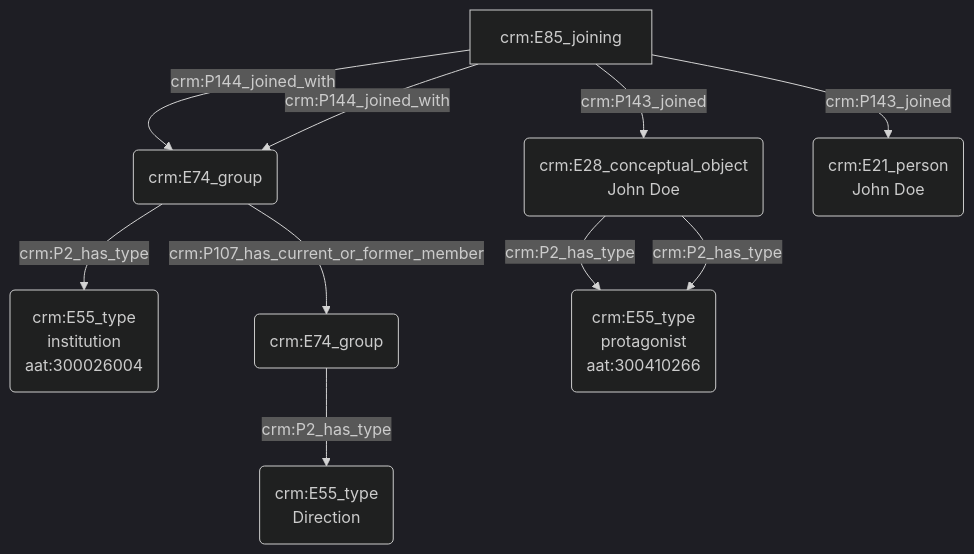
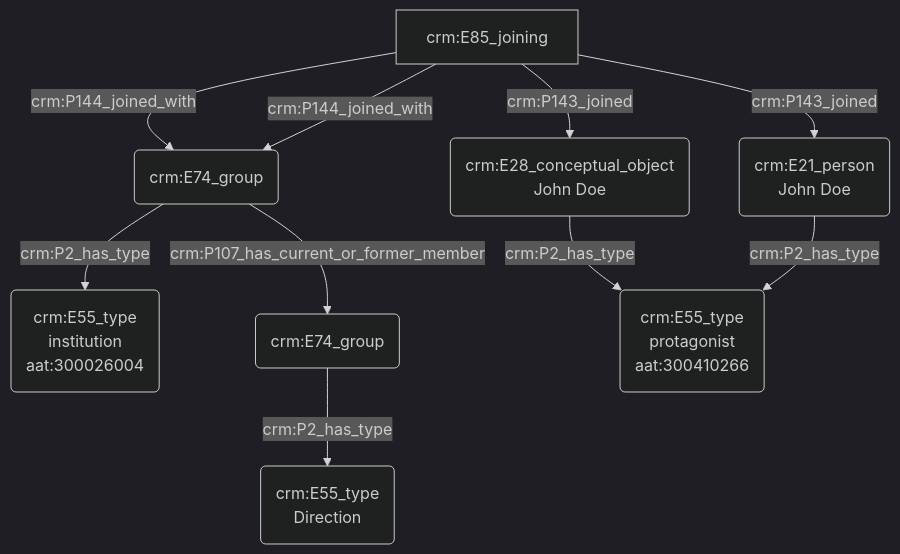
One commit to Amleth/consortium-musica2-gt2-ontologies changed the diagram in modules/livrables/Dossier 2/Indexation conceptuelle/statut et fonction d'une personne réelle.md. Above: the diagram before and after it, drawn with Mermaid (dark theme).

Commit message:
Update statut et fonction d'une personne réelle.md

````diff
--- a/modules/livrables/Dossier 2/Indexation conceptuelle/statut et fonction d'une personne réelle.md
+++ b/modules/livrables/Dossier 2/Indexation conceptuelle/statut et fonction d'une personne réelle.md
@@ -11,15 +11,15 @@
 ```mermaid
 graph TD;
 
 M(crm:E74_group) -->|crm:P2_has_type| N(crm:E55_type<br>institution<br>aat:300026004)
 U[crm:E85_joining] --> |crm:P144_joined_with| M(crm:E74_group)
 M(crm:E74_group) --> |crm:P107_has_current_or_former_member| S(crm:E74_group)
 S(crm:E74_group) --> |crm:P2_has_type| T(crm:E55_type<br>Direction)
 U[crm:E85_joining] -->|crm:P143_joined| K(crm:E28_conceptual_object<br>John Doe)
 U[crm:E85_joining] -->|crm:P143_joined| A(crm:E21_person<br>John Doe)
 U[crm:E85_joining] --> |crm:P144_joined_with| M(crm:E74_group)
 
 K(crm:E28_conceptual_object<br>John Doe) --> |crm:P2_has_type| C(crm:E55_type<br>protagonist<br>aat:300410266)
-K(crm:E28_conceptual_object<br>John Doe) --> |crm:P2_has_type| C(crm:E55_type<br>protagonist<br>aat:300410266)
+A(crm:E21_person<br>John Doe) --> |crm:P2_has_type| C(crm:E55_type<br>protagonist<br>aat:300410266)
 
 ```
````
